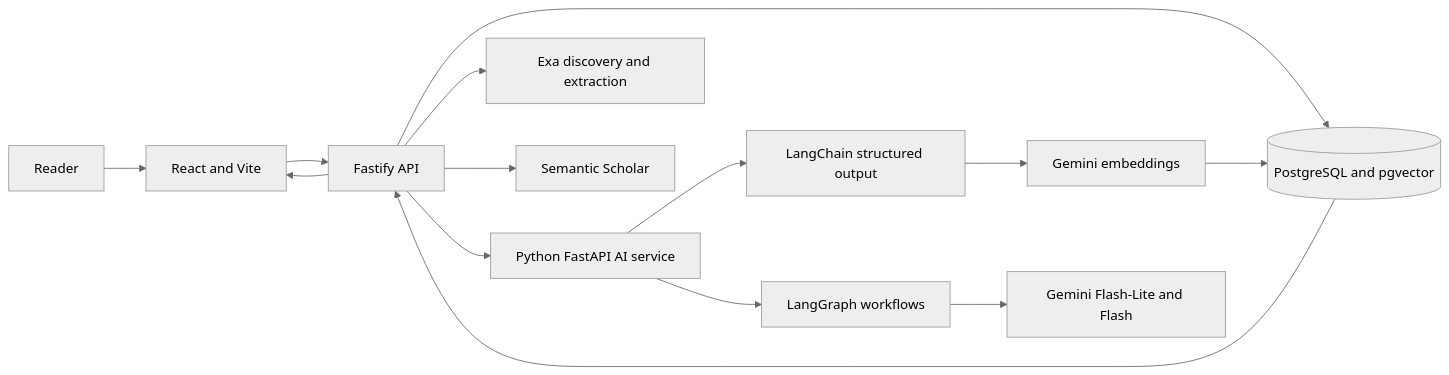
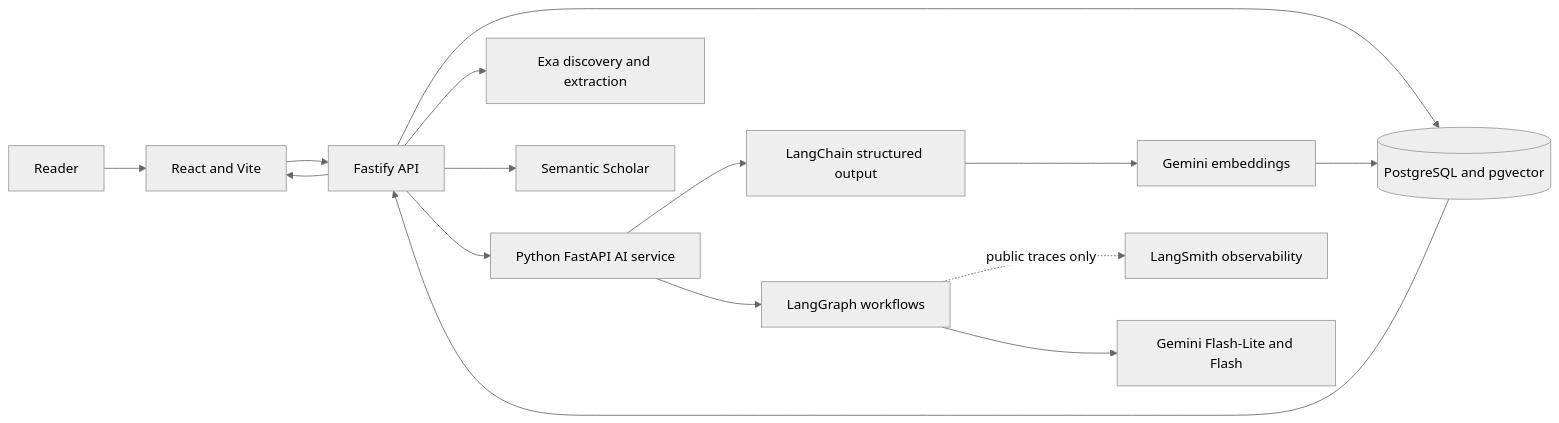
Before and after one commit to pranjalvora15/gen-radar: the first of 3 diagrams in README.md, drawn with Mermaid (neutral theme). The commit also changed other lines of this file and 14 other files, not shown here.

````diff
--- a/README.md
+++ b/README.md
@@ -34,19 +35,20 @@
 ```mermaid
 flowchart LR
     User[Reader] --> Web[React and Vite]
     Web --> API[Fastify API]
 
     API --> DB[(PostgreSQL and pgvector)]
     API --> Exa[Exa discovery and extraction]
     API --> Scholar[Semantic Scholar]
     API --> AI[Python FastAPI AI service]
 
     AI --> Chain[LangChain structured output]
     AI --> Graph[LangGraph workflows]
+    Graph -. public traces only .-> LangSmith[LangSmith observability]
     Graph --> Gemini[Gemini Flash-Lite and Flash]
     Chain --> Embeddings[Gemini embeddings]
     Embeddings --> DB
 
     DB --> API
     API --> Web
 ```
````
